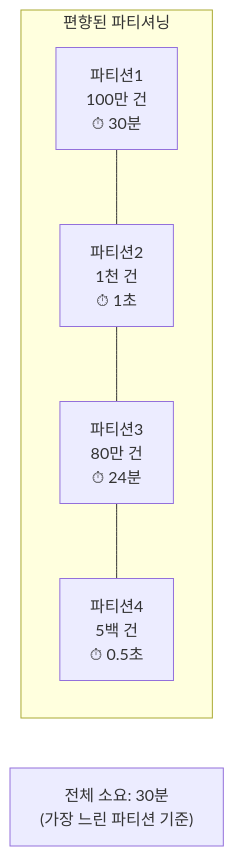
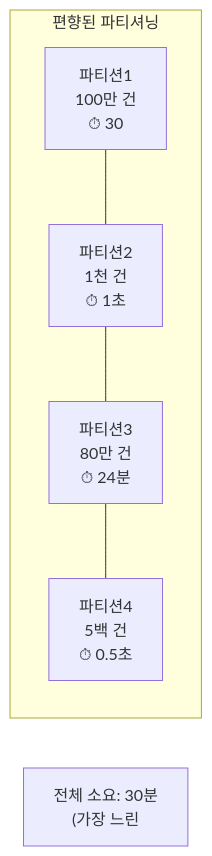
Before and after one commit to yjkim2015/yjkim2015.github.io: the fifth of 6 diagrams in _posts/batch/2026-05-03-spring-batch-partitioning.md, drawn with Mermaid. The commit also changed other lines of this file and 271 other files, not shown here.

First line of the commit message:
Mermaid 라벨 축소: 긴 노드 텍스트 18자 이하로 트림 + \n 제거

````diff
--- a/_posts/batch/2026-05-03-spring-batch-partitioning.md
+++ b/_posts/batch/2026-05-03-spring-batch-partitioning.md
@@ -421,9 +421,9 @@
 ```mermaid
 flowchart LR
     subgraph "편향된 파티셔닝"
-        A["파티션1\n100만 건\n⏱ 30분"] --- B["파티션2\n1천 건\n⏱ 1초"]
+        A["파티션1\n100만 건\n⏱ 30"] --- B["파티션2\n1천 건\n⏱ 1초"]
         B --- C["파티션3\n80만 건\n⏱ 24분"]
         C --- D["파티션4\n5백 건\n⏱ 0.5초"]
     end
-    E["전체 소요: 30분\n(가장 느린 파티션 기준)"]
+    E["전체 소요: 30분\n(가장 느린"]
 ```
````
